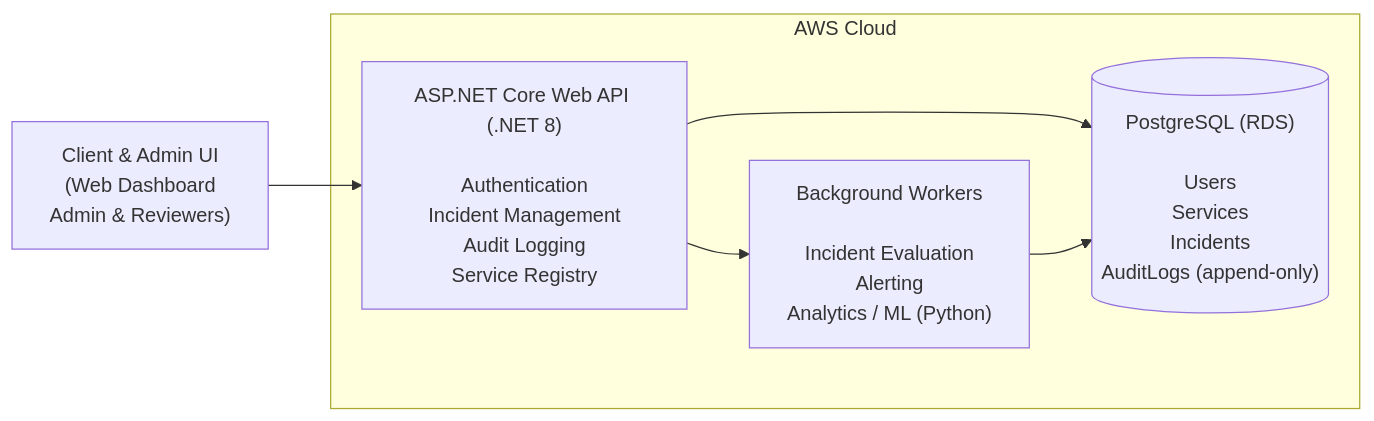
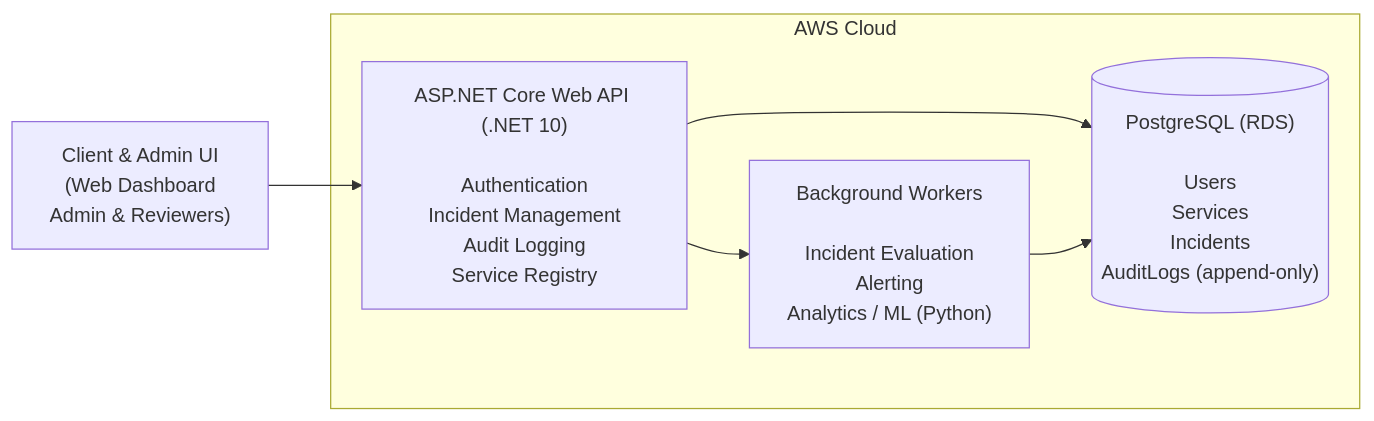
One commit to aphaiboon/SentinelStack changed the diagram in docs/architecture.md. Above: the diagram before and after it, drawn with Mermaid. The commit also changed 5 other files, not shown here.

````diff
--- a/docs/architecture.md
+++ b/docs/architecture.md
@@ -3,21 +3,21 @@
 ```mermaid
 flowchart LR
     Client["Client & Admin UI<br/>(Web Dashboard<br/>Admin & Reviewers)"]
 
-    API["ASP.NET Core Web API (.NET 8)<br/><br/>Authentication<br/>Incident Management<br/>Audit Logging<br/>Service Registry"]
+    API["ASP.NET Core Web API (.NET 10)<br/><br/>Authentication<br/>Incident Management<br/>Audit Logging<br/>Service Registry"]
 
     Workers["Background Workers<br/><br/>Incident Evaluation<br/>Alerting<br/>Analytics / ML (Python)"]
 
     DB[("PostgreSQL (RDS)<br/><br/>Users<br/>Services<br/>Incidents<br/>AuditLogs (append-only)")]
 
     Client --> API
     API --> DB
     API --> Workers
     Workers --> DB
 
     subgraph Cloud["AWS Cloud"]
         API
         Workers
         DB
     end
 ```
````
